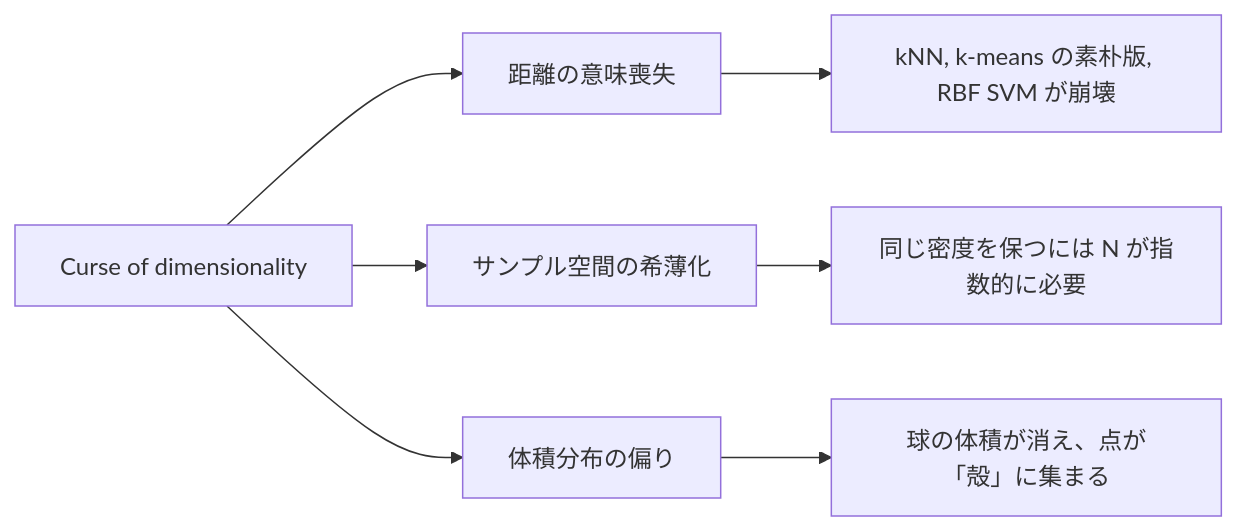
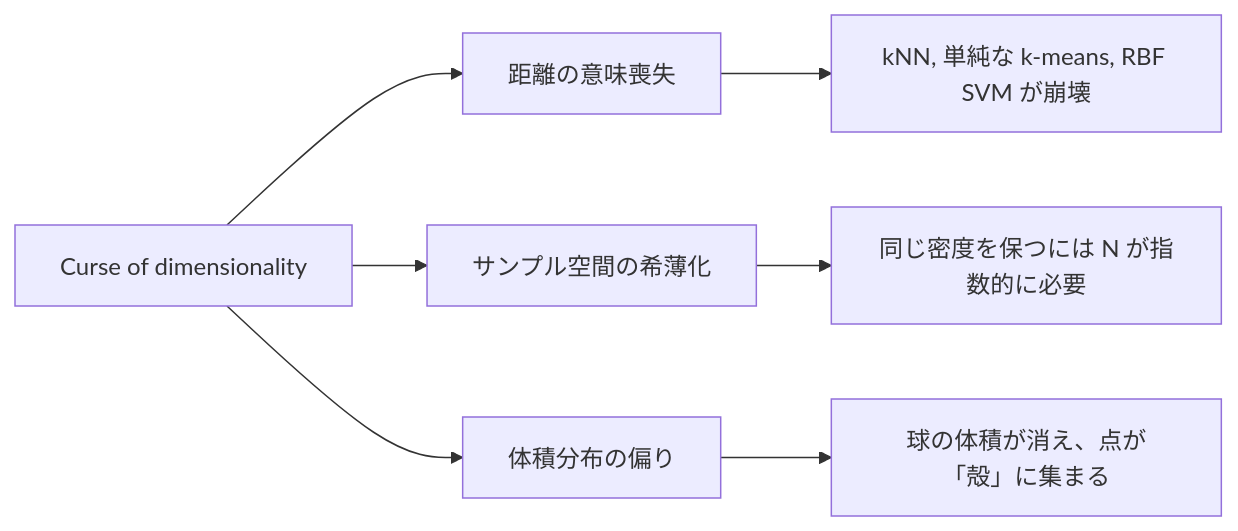
The diagram in projects/ml/notes/ml/curse-of-dimensionality/index.md (nao1215/debimate), drawn with Mermaid before and after one commit. The commit also changed other lines of this file and 62 other files, not shown here.

````diff
--- a/projects/ml/notes/ml/curse-of-dimensionality/index.md
+++ b/projects/ml/notes/ml/curse-of-dimensionality/index.md
@@ -18,9 +18,9 @@
 ```mermaid
 graph LR
     A[Curse of dimensionality] --> B[距離の意味喪失]
     A --> C[サンプル空間の希薄化]
     A --> D[体積分布の偏り]
-    B --> B1[kNN, k-means の素朴版, RBF SVM が崩壊]
+    B --> B1[kNN, 単純な k-means, RBF SVM が崩壊]
     C --> C1[同じ密度を保つには N が指数的に必要]
     D --> D1[球の体積が消え、点が「殻」に集まる]
 ```
````
